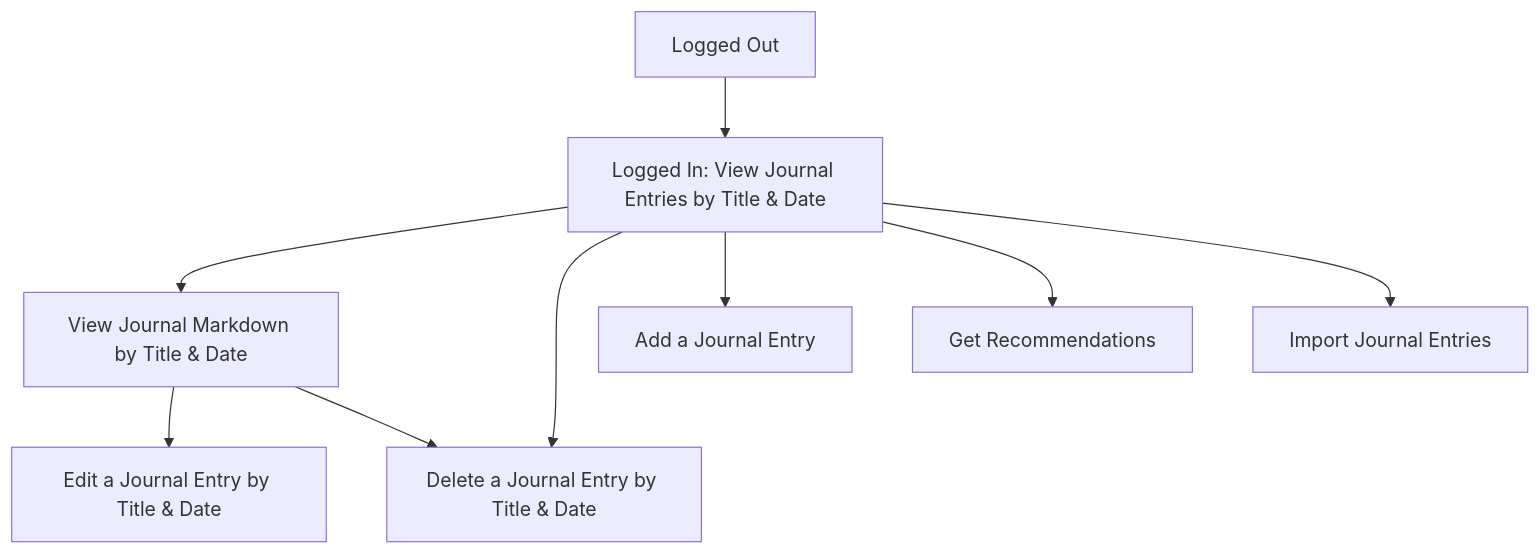
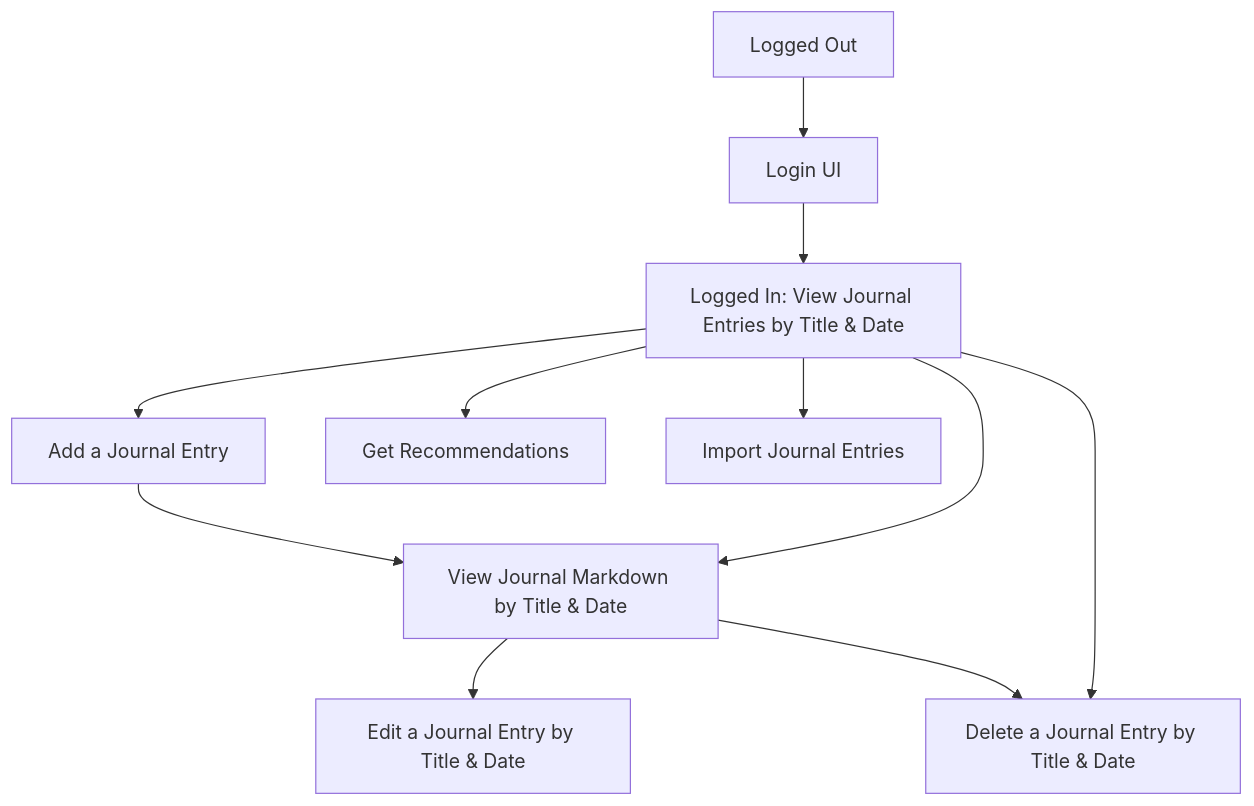
Before and after one commit to jds2501/springboard-capstone: the second of 2 diagrams in project-proposal.md, drawn with Mermaid. The commit also changed other lines of this file, not shown here.

Commit message:
Added descriptions of the user flow

````diff
--- a/project-proposal.md
+++ b/project-proposal.md
@@ -76,12 +76,14 @@
 ```mermaid
 graph TD;
-    A[Logged Out] --> B[Logged In: View Journal Entries by Title & Date]
+    A[Logged Out] --> J[Login UI]
+    J --> B[Logged In: View Journal Entries by Title & Date]
     B --> G[View Journal Markdown by Title & Date]
     G --> I[Edit a Journal Entry by Title & Date]
     B --> H[Delete a Journal Entry by Title & Date]
     G --> H
     B --> D[Add a Journal Entry]
+    D --> G
     B --> E[Get Recommendations]
     B --> F[Import Journal Entries]
 
 ```
````
